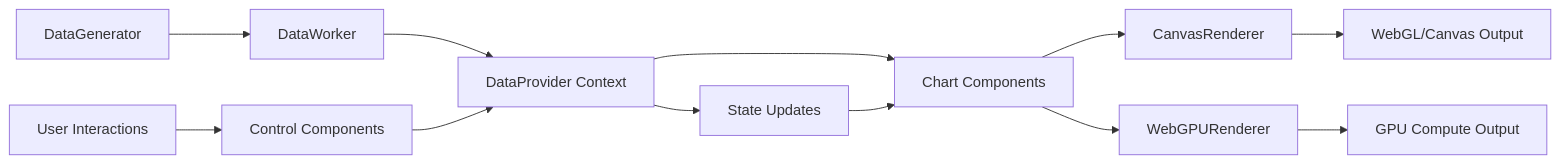
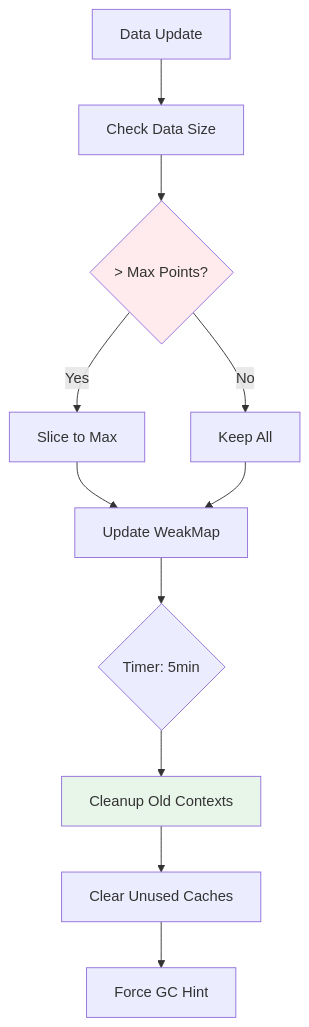
Before and after one commit to KrithinThota/Data-Visualization: the fifth of 10 diagrams in ARCHITECTURE.md, drawn with Mermaid. The commit also changed other lines of this file and 1 other file, not shown here.

````diff
--- a/ARCHITECTURE.md
+++ b/ARCHITECTURE.md
@@ -90,15 +115,16 @@
 ```mermaid
-graph LR
-    A[DataGenerator] --> B[DataWorker]
-    B --> C[DataProvider Context]
-    C --> D[Chart Components]
-    D --> E[CanvasRenderer]
-    E --> F[WebGL/Canvas Output]
-    D --> G[WebGPURenderer]
-    G --> H[GPU Compute Output]
-
-    I[User Interactions] --> J[Control Components]
-    J --> C
-    C --> K[State Updates]
-    K --> D
+graph TD
+    A[Data Update] --> B[Check Data Size]
+    B --> C{> Max Points?}
+    C -->|Yes| D[Slice to Max]
+    C -->|No| E[Keep All]
+    D --> F[Update WeakMap]
+    E --> F
+    F --> G{Timer: 5min}
+    G --> H[Cleanup Old Contexts]
+    H --> I[Clear Unused Caches]
+    I --> J[Force GC Hint]
+    
+    style C fill:#ffebee
+    style H fill:#e8f5e9
 ```
````
